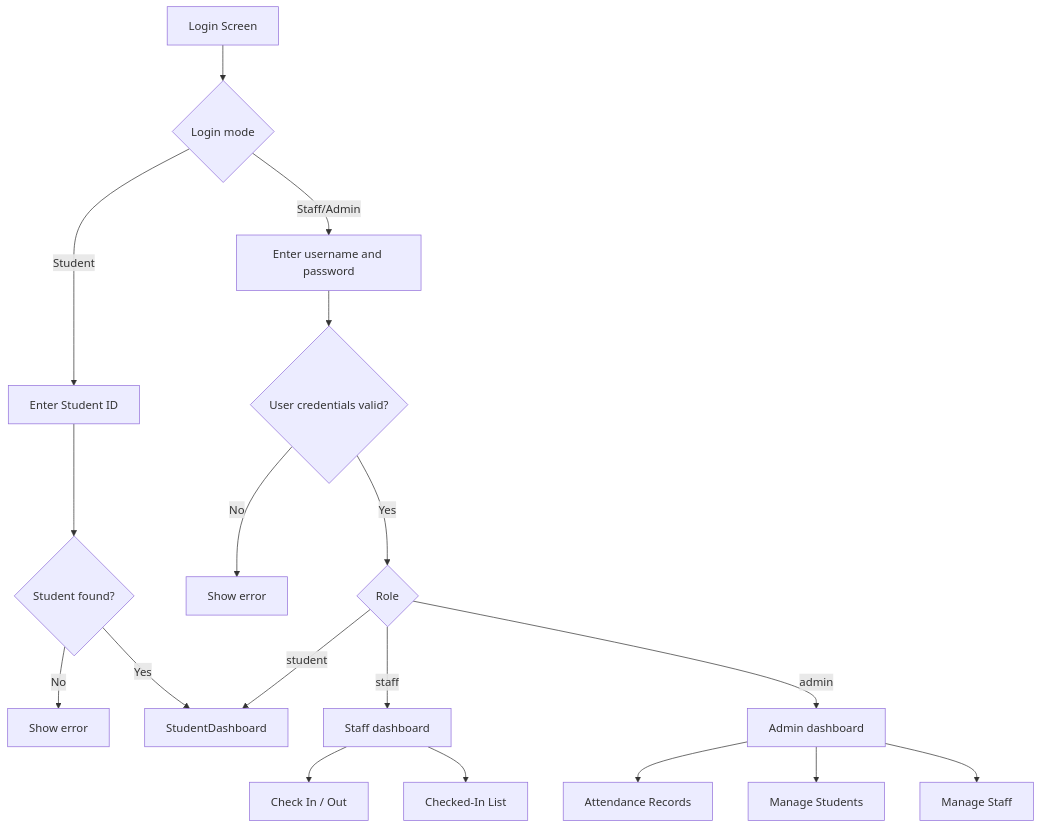
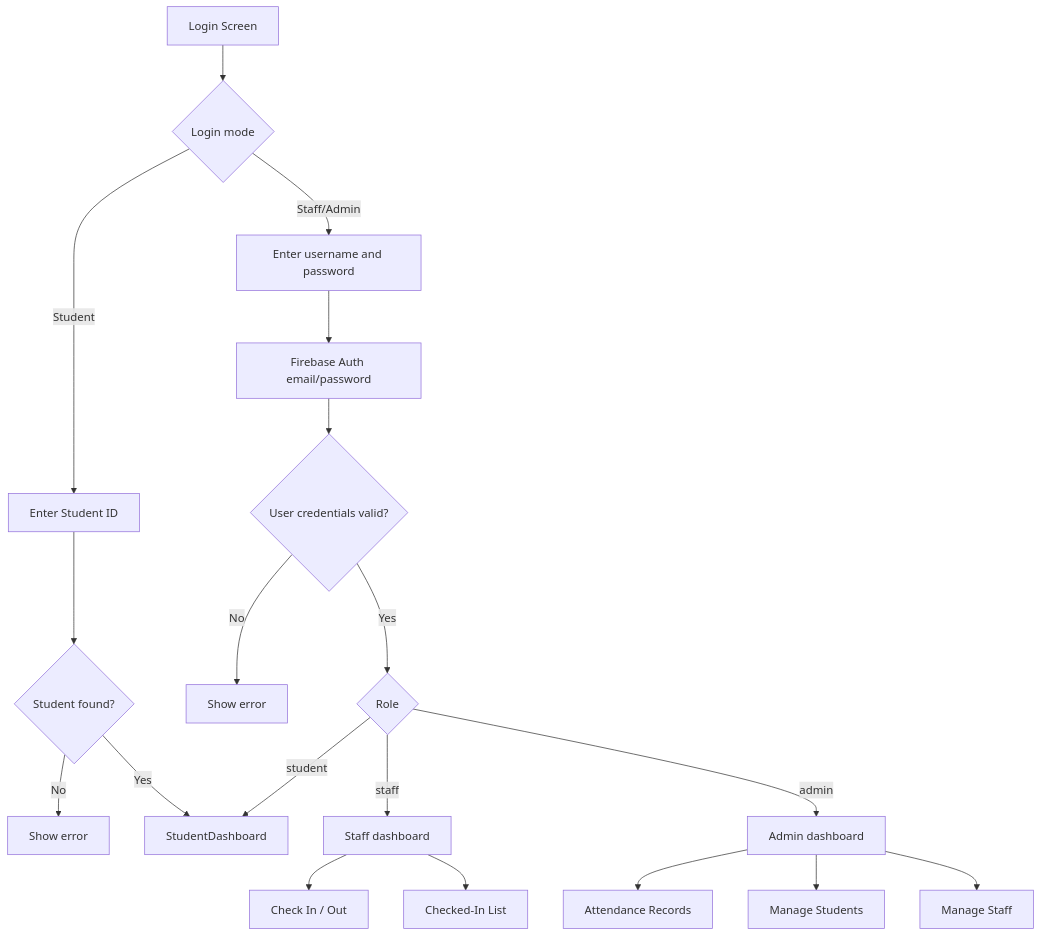
The first of 8 diagrams in docs/04-user-flows.md (checkinout82026-cmd/checkin), drawn with Mermaid before and after one commit. The commit also changed other lines of this file and 9 other files, not shown here.

Commit message:
Integrate Firebase Auth and staff checkout approval

````diff
--- a/docs/04-user-flows.md
+++ b/docs/04-user-flows.md
@@ -5,25 +5,26 @@
 ```mermaid
 flowchart TD
   Login[Login Screen] --> Mode{Login mode}
   Mode -->|Student| StudentId[Enter Student ID]
   Mode -->|Staff/Admin| Credentials[Enter username and password]
 
   StudentId --> MatchStudent{Student found?}
   MatchStudent -->|No| StudentError[Show error]
-  MatchStudent -->|Yes| StudentDashboard[StudentDashboard]
+  MatchStudent -->|Yes| StudentDashboard
 
-  Credentials --> MatchUser{User credentials valid?}
+  Credentials --> FirebaseAuth[Firebase Auth email/password]
+  FirebaseAuth --> MatchUser{User credentials valid?}
   MatchUser -->|No| StaffError[Show error]
   MatchUser -->|Yes| Role{Role}
 
   Role -->|staff| StaffTabs[Staff dashboard]
   Role -->|admin| AdminTabs[Admin dashboard]
   Role -->|student| StudentDashboard
 
   StaffTabs --> StaffCheck[Check In / Out]
   StaffTabs --> StaffRoster[Checked-In List]
 
   AdminTabs --> AdminAttendance[Attendance Records]
   AdminTabs --> AdminStudents[Manage Students]
   AdminTabs --> AdminStaff[Manage Staff]
 ```
````
